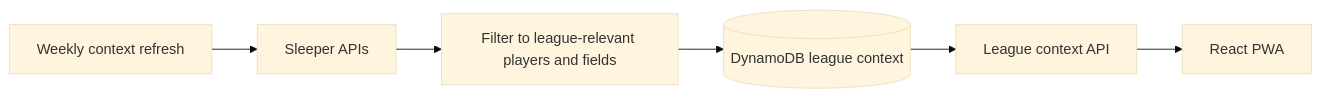
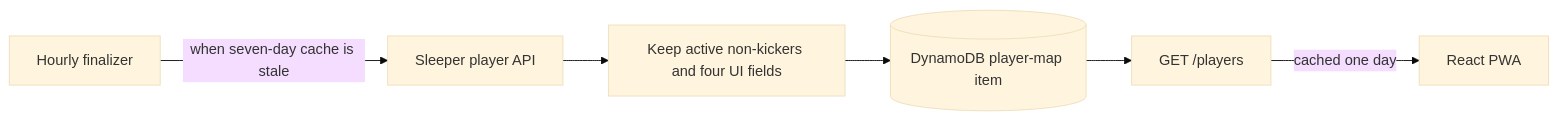
Before and after one commit to mikesebring1/ff-app: the second of 3 diagrams in docs/architecture-plan.md, drawn with Mermaid (base theme). The commit also changed other lines of this file and 16 other files, not shown here.

````diff
--- a/docs/architecture-plan.md
+++ b/docs/architecture-plan.md
@@ -72,8 +72,8 @@
 ```mermaid
 flowchart LR
-    J[Weekly context refresh] --> S[Sleeper APIs]
-    S --> X[Filter to league-relevant players and fields]
-    X --> D[(DynamoDB league context)]
-    D --> A[League context API]
-    A --> P[React PWA]
+    J[Hourly finalizer] -->|when seven-day cache is stale| S[Sleeper player API]
+    S --> X[Keep active non-kickers and four UI fields]
+    X --> D[(DynamoDB player-map item)]
+    D --> A[GET /players]
+    A -->|cached one day| P[React PWA]
 ```
````
